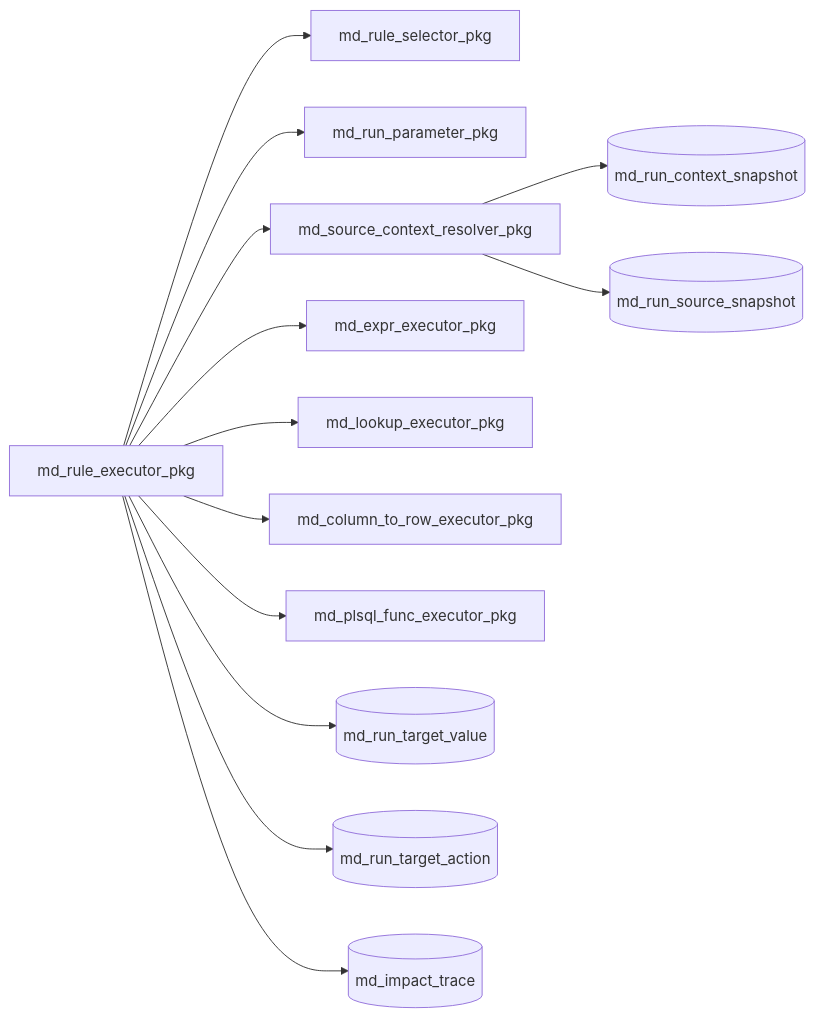
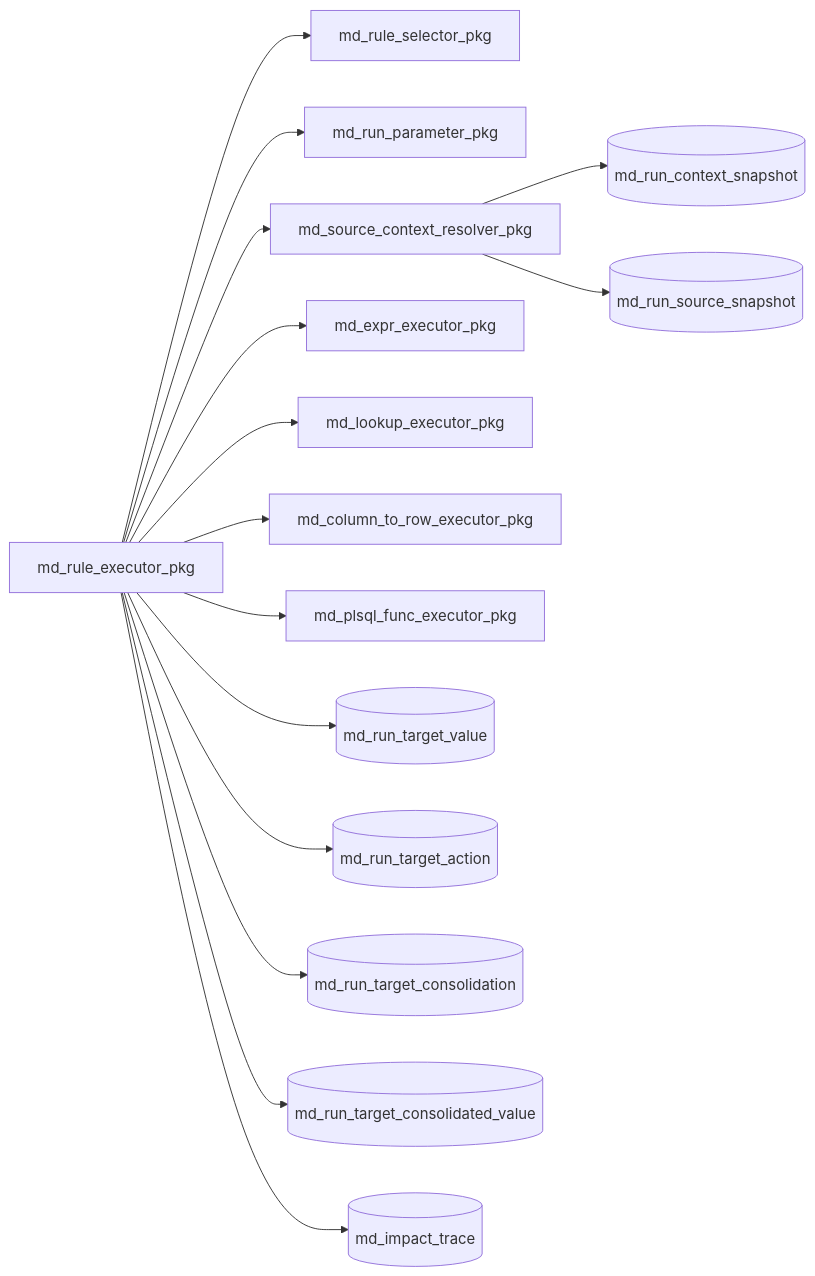
Before and after one commit to imrnaqvi/delta: the second of 2 diagrams in docs/system-architecture.md, drawn with Mermaid. The commit also changed other lines of this file and 15 other files, not shown here.

Commit message:
feat: implement target consolidation execution and align docs

````diff
--- a/docs/system-architecture.md
+++ b/docs/system-architecture.md
@@ -43,15 +45,17 @@
 ```mermaid
 flowchart LR
   RE[md_rule_executor_pkg] --> SEL[md_rule_selector_pkg]
   RE --> RPAR[md_run_parameter_pkg]
   RE --> SCR[md_source_context_resolver_pkg]
   RE --> EXPR[md_expr_executor_pkg]
   RE --> LOOK[md_lookup_executor_pkg]
   RE --> CTR[md_column_to_row_executor_pkg]
   RE --> PF[md_plsql_func_executor_pkg]
   RE --> RT[(md_run_target_value)]
   RE --> RTA[(md_run_target_action)]
+  RE --> RTC[(md_run_target_consolidation)]
+  RE --> RTCV[(md_run_target_consolidated_value)]
   RE --> IT[(md_impact_trace)]
   SCR --> RCS[(md_run_context_snapshot)]
   SCR --> RSS[(md_run_source_snapshot)]
 ```
````
